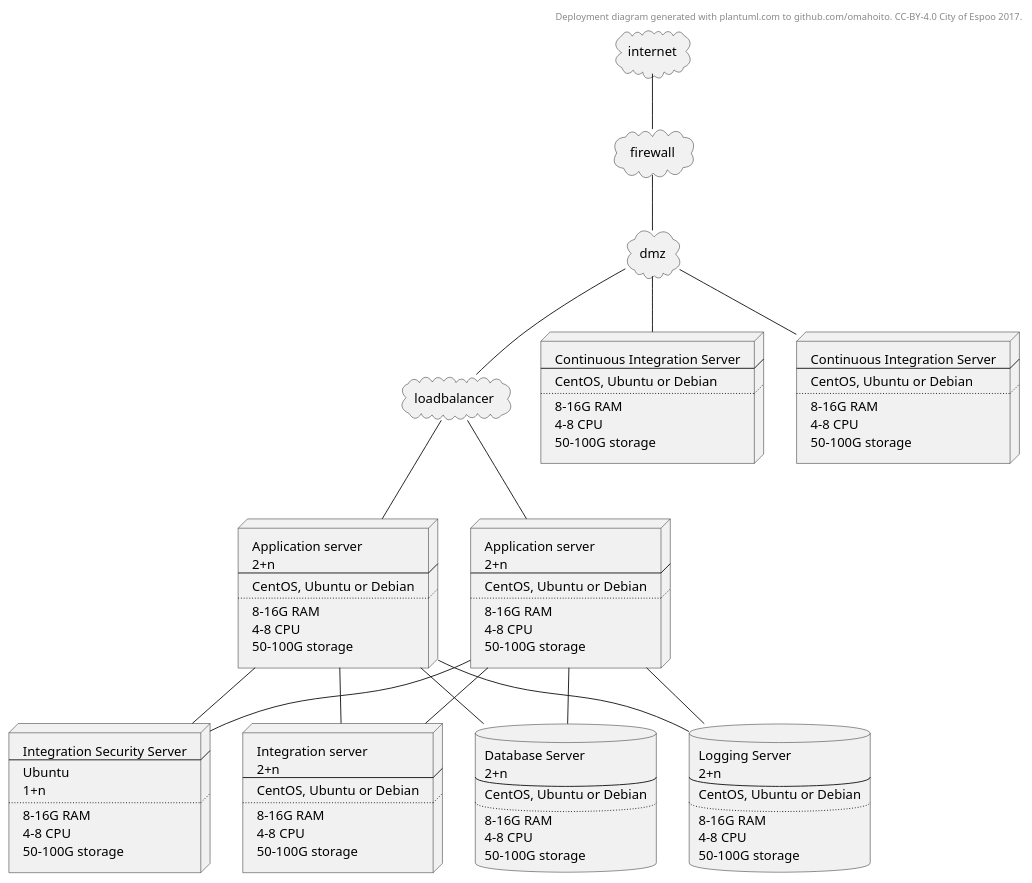
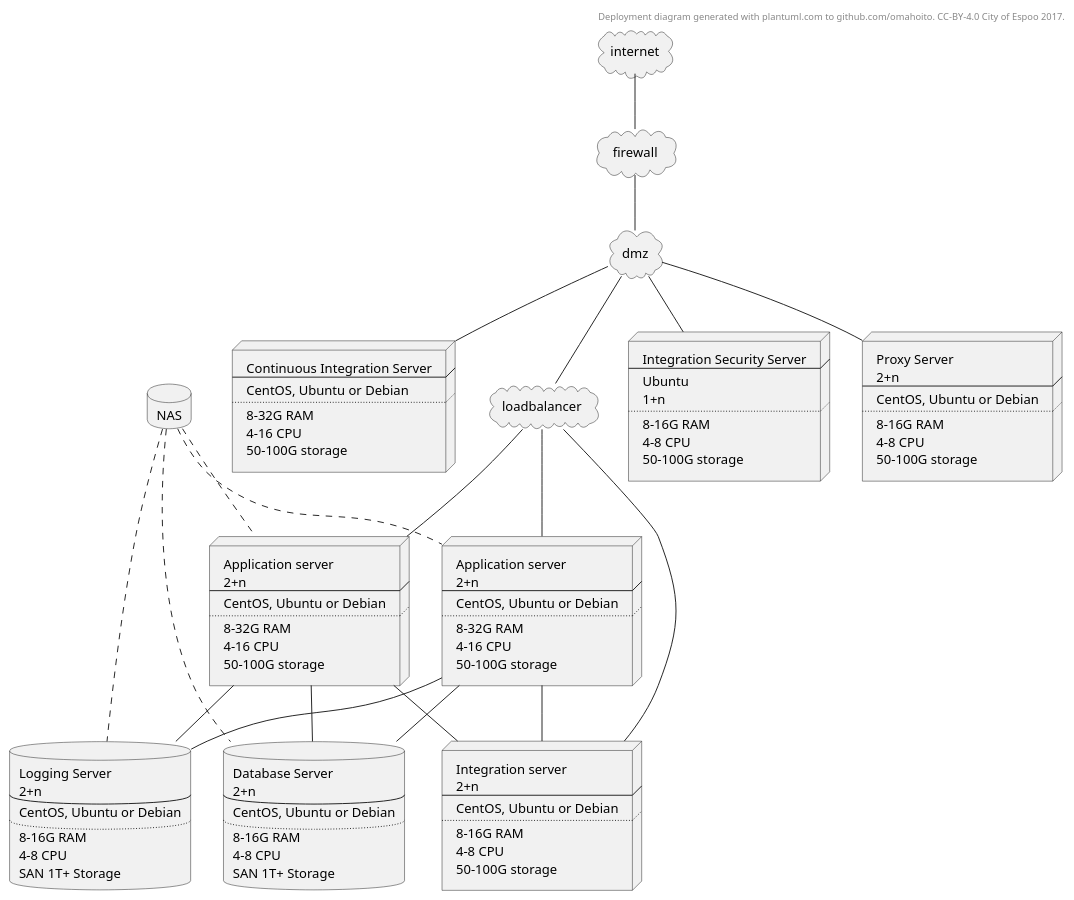
The diagram in deployment.MD (ruoat/definitions), drawn with PlantUML before and after one commit.

```diff
--- a/deployment.MD
+++ b/deployment.MD
@@ -13,8 +13,8 @@
 ----
 CentOS, Ubuntu or Debian
 ....
-8-16G RAM
-4-8 CPU
+8-32G RAM
+4-16 CPU
 50-100G storage
 ]
 node nodeas2 [
@@ -23,8 +23,8 @@
 ----
 CentOS, Ubuntu or Debian
 ....
-8-16G RAM
-4-8 CPU
+8-32G RAM
+4-16 CPU
 50-100G storage
 ]
 database database1 [
@@ -35,7 +35,7 @@
 ....
 8-16G RAM
 4-8 CPU
-50-100G storage
+SAN 1T+ Storage
 ]
 database logging1 [
 Logging Server 
@@ -45,7 +45,7 @@
 ....
 8-16G RAM
 4-8 CPU
-50-100G storage
+SAN 1T+ Storage
 ]
 node nodeintegration1 [
 Integration Security Server
@@ -68,7 +68,8 @@
 50-100G storage
 ]
 node nodeproxy [
-Continuous Integration Server
+Proxy Server
+2+n
 ----
 CentOS, Ubuntu or Debian
 ....
@@ -81,10 +82,11 @@
 ----
 CentOS, Ubuntu or Debian
 ....
-8-16G RAM
-4-8 CPU
+8-32G RAM
+4-16 CPU
 50-100G storage
 ]
+database NAS
 
 internet -- firewall
 firewall -- dmz 
@@ -93,13 +95,16 @@
 dmz -- nodeproxy
 loadbalancer -- nodeas1
 nodeas1 -- database1
-nodeas1 -- nodeintegration1
 nodeas1 -- nodeintegration2
 nodeas1 -- logging1
 loadbalancer -- nodeas2
 nodeas2 -- database1
-nodeas2 -- nodeintegration1
+dmz -- nodeintegration1
+loadbalancer -- nodeintegration2
 nodeas2 -- nodeintegration2
-nodeas2 -- logging1 
-
+nodeas2 -- logging1
+NAS .. nodeas1
+NAS .. nodeas2
+NAS .. logging1
+NAS .. database1
 @enduml
```
